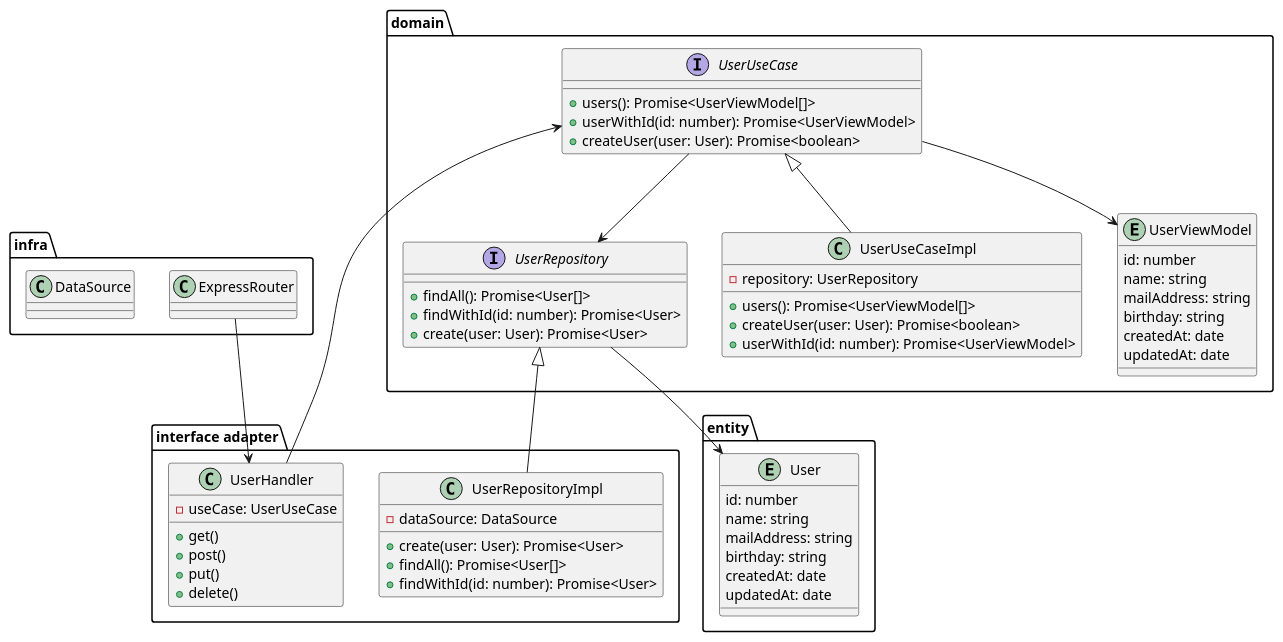
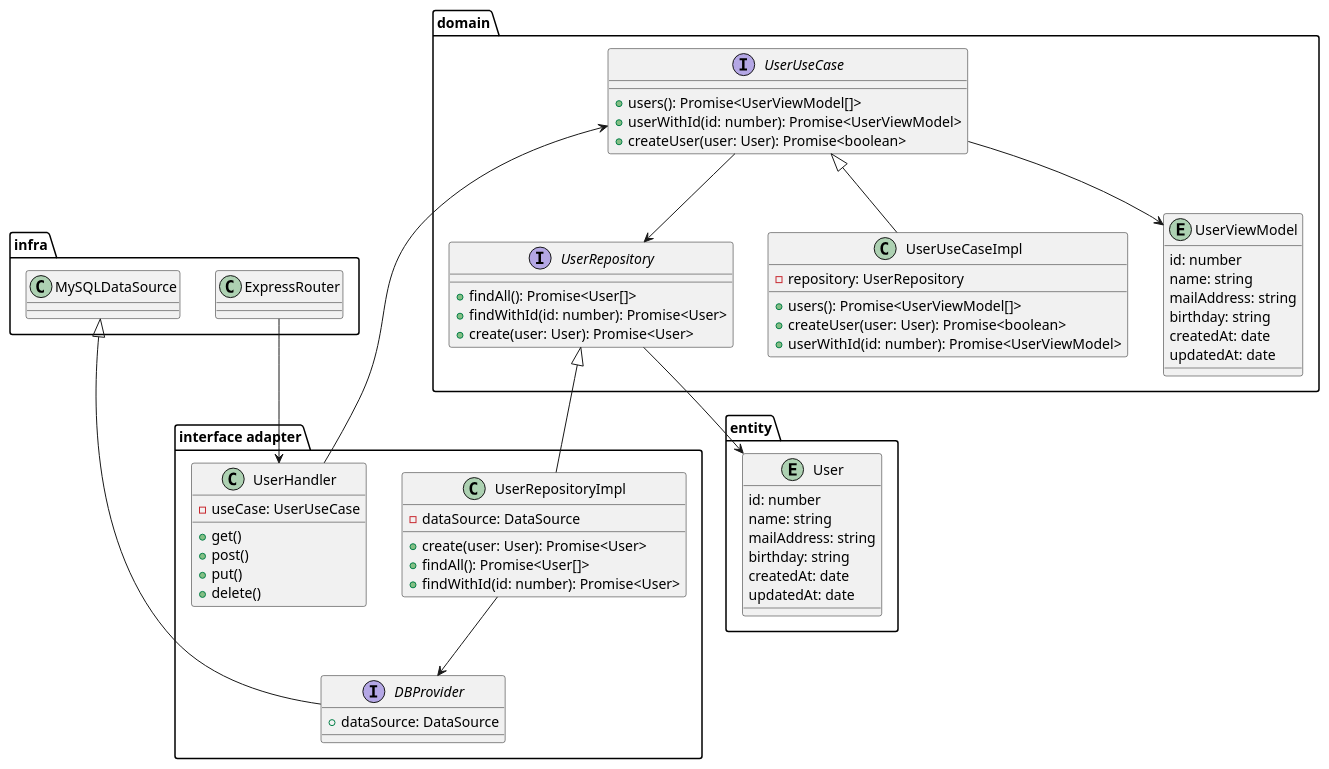
The diagram in uml.puml (masajene/express-clean-architecture-sample), drawn with PlantUML before and after one commit. The commit also changed 9 other files, not shown here.

```diff
--- a/uml.puml
+++ b/uml.puml
@@ -1,79 +1,85 @@
 @startuml
 
 package "infra" {
     class ExpressRouter {
     }
-    class DataSource {
+    class MySQLDataSource {
     }
 }
 
 package "interface adapter" {
     class UserHandler {
         -useCase: UserUseCase
         +get()
         +post()
         +put()
         +delete()
     }
     class UserRepositoryImpl {
         -dataSource: DataSource
         +create(user: User): Promise<User>
         +findAll(): Promise<User[]>
         +findWithId(id: number): Promise<User>
+    }
+    interface DBProvider {
+        +dataSource: DataSource
     }
 }
 
 package "domain" {
     interface UserUseCase {
         +users(): Promise<UserViewModel[]>
         +userWithId(id: number): Promise<UserViewModel>
         +createUser(user: User): Promise<boolean>
     }
     interface UserRepository {
         +findAll(): Promise<User[]>
         +findWithId(id: number): Promise<User>
         +create(user: User): Promise<User>
     }
     class UserUseCaseImpl {
         -repository: UserRepository
         +users(): Promise<UserViewModel[]>
         +createUser(user: User): Promise<boolean>
         +userWithId(id: number): Promise<UserViewModel>
     }
     entity UserViewModel {
         id: number
         name: string
         mailAddress: string
         birthday: string
         createdAt: date
         updatedAt: date
     }
 }
 package "entity" {
     entity User {
         id: number
         name: string
         mailAddress: string
         birthday: string
         createdAt: date
         updatedAt: date
     }
 }
 
 ExpressRouter --> UserHandler
 UserHandler --> UserUseCase
 UserUseCase <|-- UserUseCaseImpl
 UserRepository <|-- UserRepositoryImpl
 UserUseCase --> UserRepository
 UserRepository --> User
 
+UserRepositoryImpl --> DBProvider
+MySQLDataSource <|-- DBProvider
+
 UserUseCase --> UserViewModel
 
 'UserUseCaseImpl --> "1" UserRepository
 
 'UserHandler --> "1" User
 'UserUseCaseImpl --> "1" User
 'UserRepositoryImpl --> "1" User
 
 
 @enduml
```
